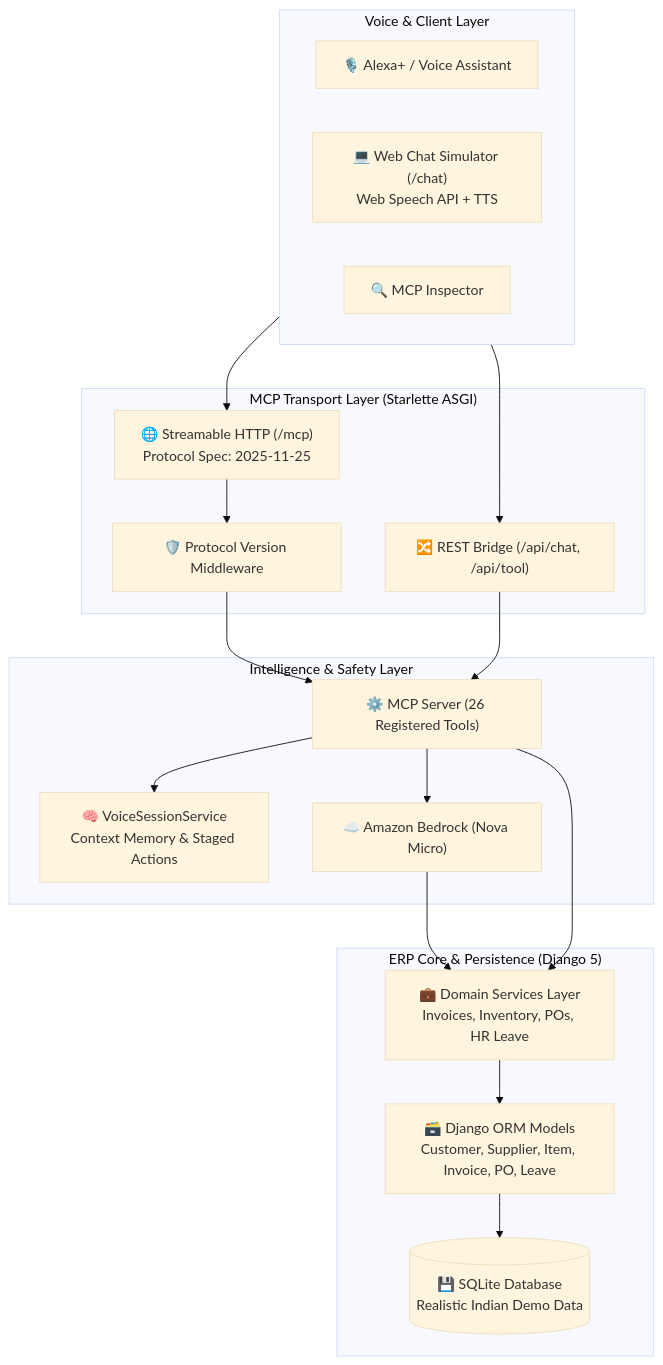
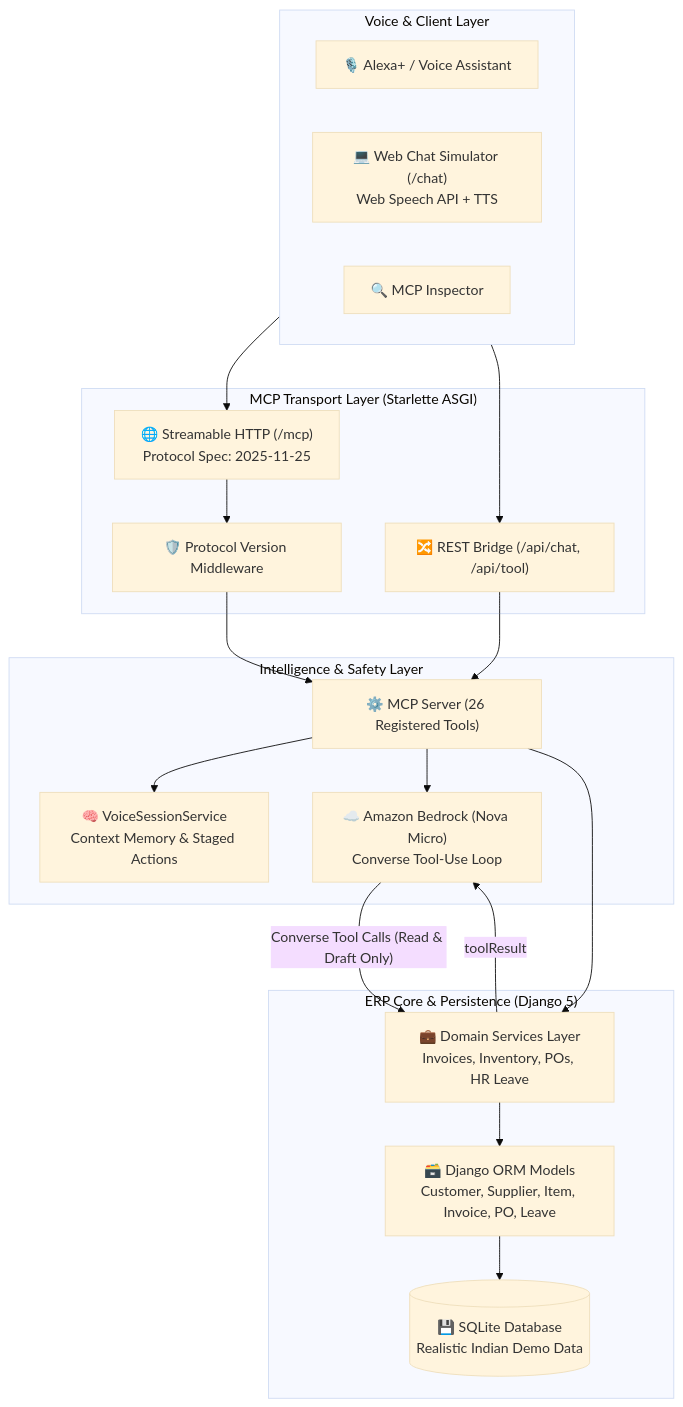
One commit to silambarasan-sh/erp-voice-mcp changed the diagram in README.md. Above: the diagram before and after it, drawn with Mermaid (base theme). The commit also changed other lines of this file and 5 other files, not shown here.

````diff
--- a/README.md
+++ b/README.md
@@ -34,36 +34,37 @@
 ```mermaid
 flowchart TB
     subgraph Clients ["Voice & Client Layer"]
         Alexa["🎙️ Alexa+ / Voice Assistant"]
         WebChat["💻 Web Chat Simulator (/chat)<br/>Web Speech API + TTS"]
         Inspector["🔍 MCP Inspector"]
     end
 
     subgraph Transport ["MCP Transport Layer (Starlette ASGI)"]
         StreamableHTTP["🌐 Streamable HTTP (/mcp)<br/>Protocol Spec: 2025-11-25"]
         Middleware["🛡️ Protocol Version Middleware"]
         RESTBridge["🔀 REST Bridge (/api/chat, /api/tool)"]
     end
 
     subgraph Intelligence ["Intelligence & Safety Layer"]
         MCPServer["⚙️ MCP Server (26 Registered Tools)"]
         SessionMgr["🧠 VoiceSessionService<br/>Context Memory & Staged Actions"]
-        Bedrock["☁️ Amazon Bedrock (Nova Micro)"]
+        Bedrock["☁️ Amazon Bedrock (Nova Micro)<br/>Converse Tool-Use Loop"]
     end
 
     subgraph ERP ["ERP Core & Persistence (Django 5)"]
         Services["💼 Domain Services Layer<br/>Invoices, Inventory, POs, HR Leave"]
         ORM["🗃️ Django ORM Models<br/>Customer, Supplier, Item, Invoice, PO, Leave"]
         Database[("💾 SQLite Database<br/>Realistic Indian Demo Data")]
     end
 
     Clients --> StreamableHTTP
     Clients --> RESTBridge
     StreamableHTTP --> Middleware --> MCPServer
     RESTBridge --> MCPServer
     MCPServer --> SessionMgr
     MCPServer --> Bedrock
-    Bedrock --> Services
+    Bedrock -- "Converse Tool Calls (Read & Draft Only)" --> Services
+    Services -- "toolResult" --> Bedrock
     MCPServer --> Services
     Services --> ORM --> Database
 ```
````
